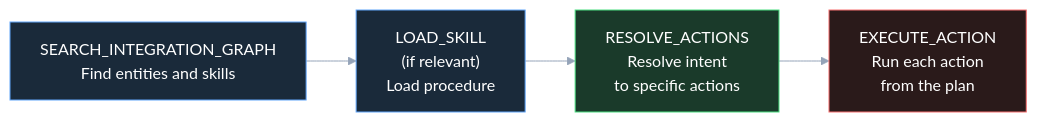
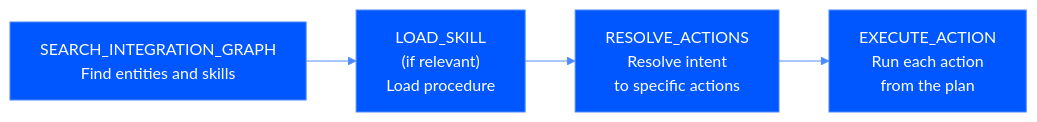
One commit to gocobalt/mintlify-docs changed the diagram in v3/mcp-ai-agents/tools-reference/tools.mdx. Above: the diagram before and after it, drawn with Mermaid. The commit also changed other lines of this file and 24 other files, not shown here.

````diff
--- a/v3/mcp-ai-agents/tools-reference/tools.mdx
+++ b/v3/mcp-ai-agents/tools-reference/tools.mdx
@@ -229,12 +227,7 @@
 ```mermaid
-%%{init: {'theme':'base','themeVariables':{'primaryColor':'#1e3a5f','primaryTextColor':'#fff','primaryBorderColor':'#60a5fa','lineColor':'#94a3b8'}}}%%
+%%{init: {'theme':'base','themeVariables':{'primaryColor':'#0057FF','primaryTextColor':'#ffffff','primaryBorderColor':'#4D8AFF','lineColor':'#4D8AFF','secondaryColor':'#0D001D','tertiaryColor':'#0D001D','tertiaryTextColor':'#ffffff'}}}%%
 flowchart LR
     A["SEARCH_INTEGRATION_GRAPH<br/>Find entities and skills"] --> B["LOAD_SKILL<br/>(if relevant)<br/>Load procedure"]
     B --> C["RESOLVE_ACTIONS<br/>Resolve intent<br/>to specific actions"]
     C --> D["EXECUTE_ACTION<br/>Run each action<br/>from the plan"]
-
-    style A fill:#1a2a3a,stroke:#60a5fa,color:#fff
-    style B fill:#1a2a3a,stroke:#60a5fa,color:#fff
-    style C fill:#1a3a2a,stroke:#4ade80,color:#fff
-    style D fill:#2a1a1a,stroke:#f87171,color:#fff
 ```
````
